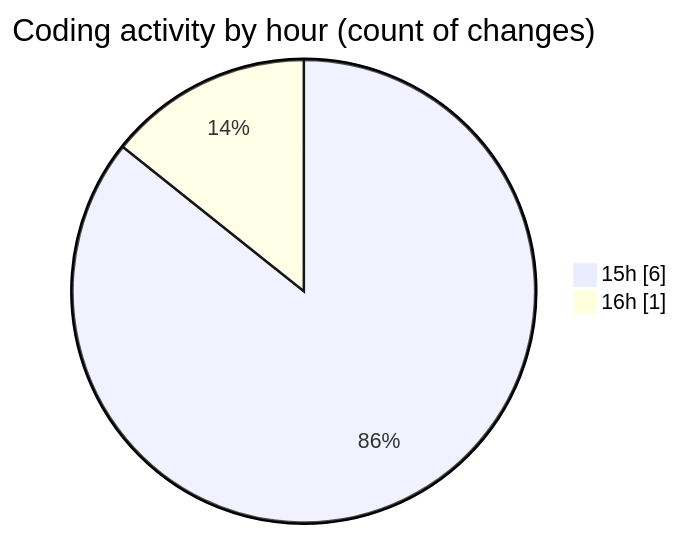
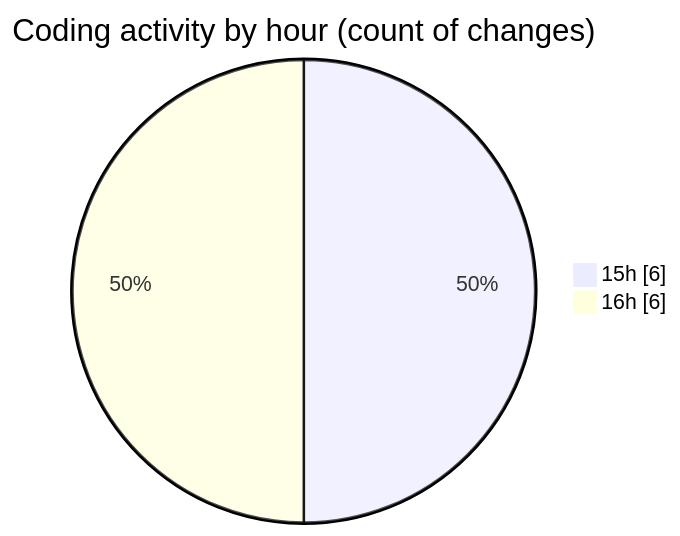
One commit to momahboobian/code-tracking changed the second of 2 diagrams in 2025-09-10/cda/README.md. Above: the diagram before and after it, drawn with Mermaid. The commit also changed other lines of this file and 1 other file, not shown here.

````diff
--- a/2025-09-10/cda/README.md
+++ b/2025-09-10/cda/README.md
@@ -31,6 +33,6 @@
 ```mermaid
 pie showData
 title Coding activity by hour (count of changes)
 "15h" : 6
-"16h" : 1
+"16h" : 6
 ```
````
